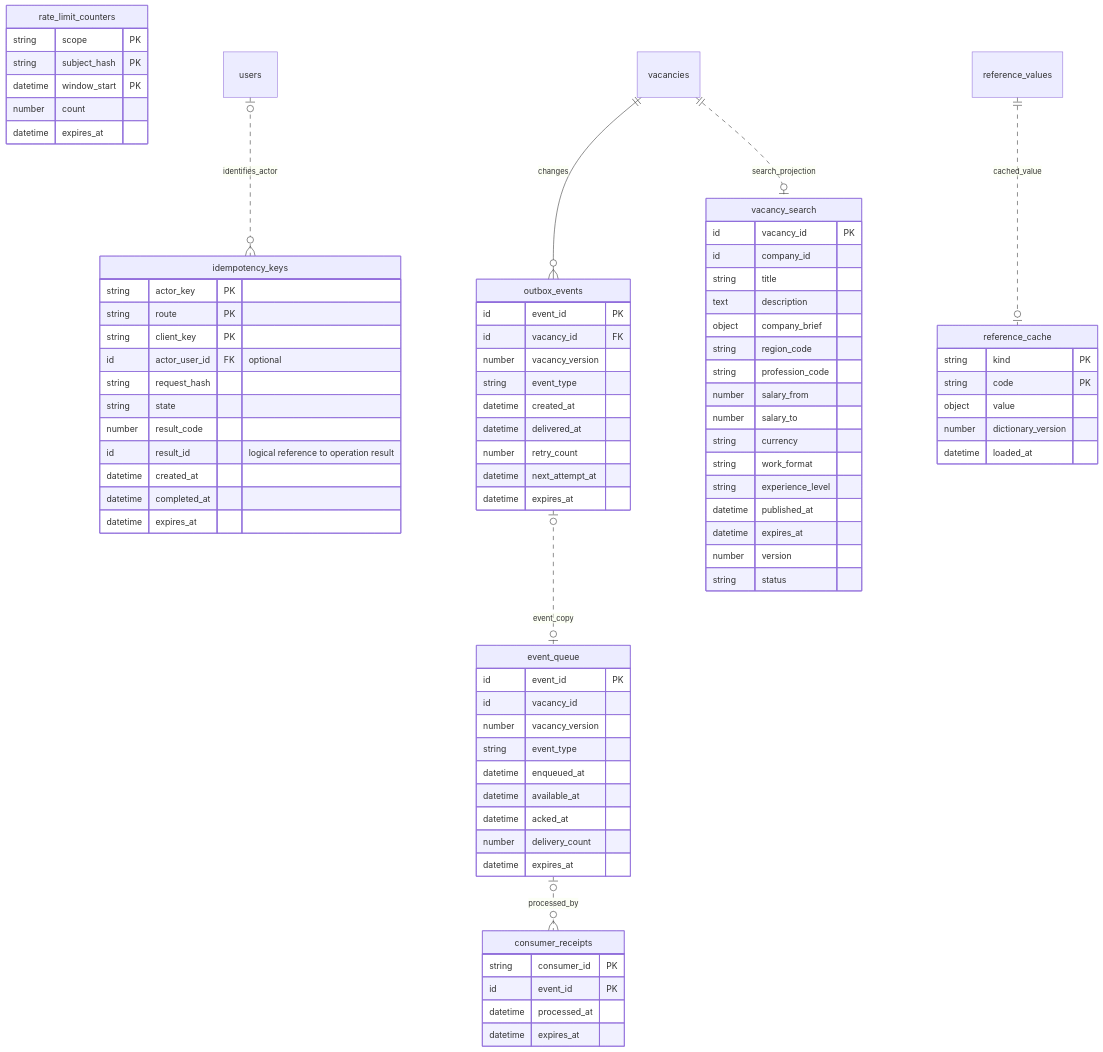
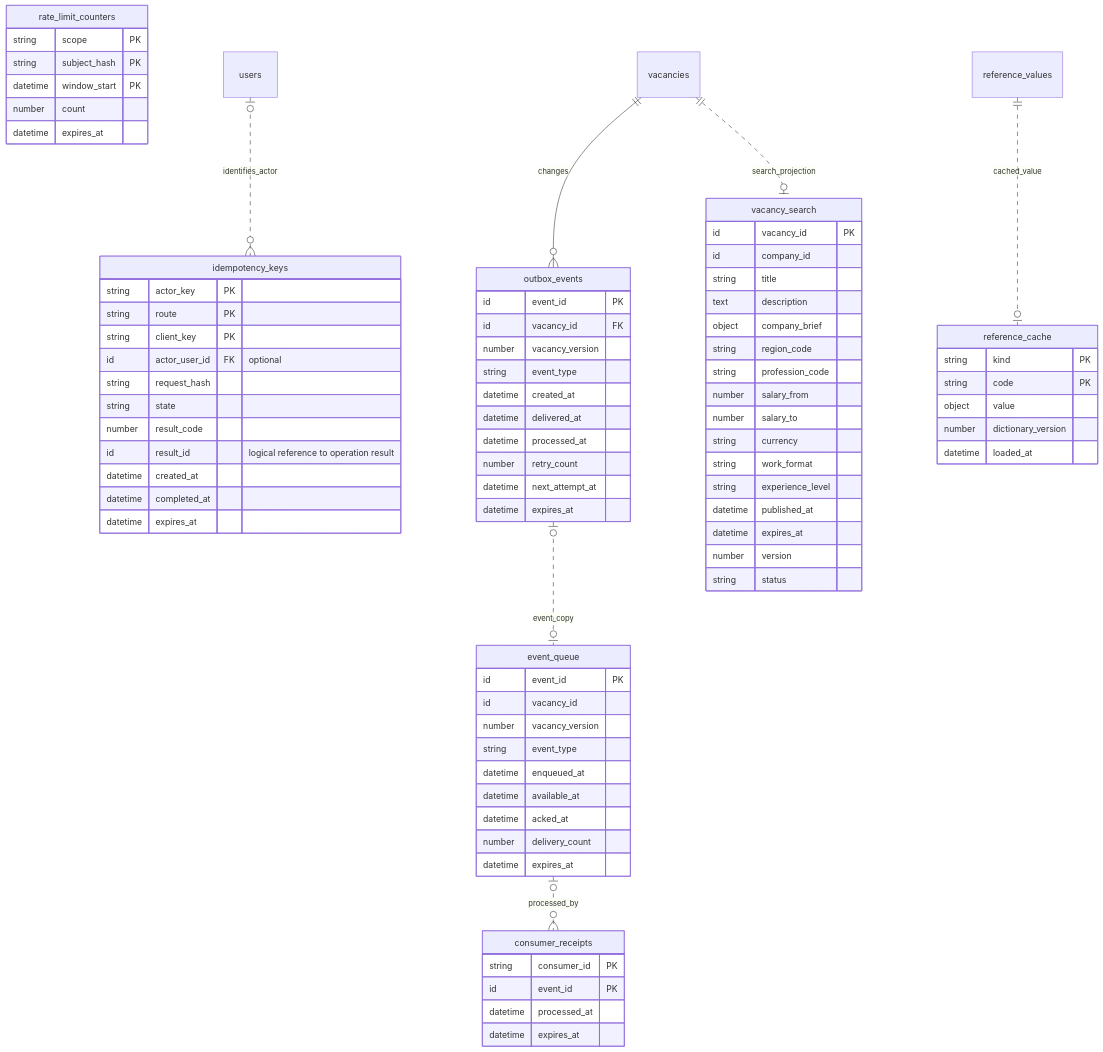
Before and after one commit to pricolmen/highload_technopark: the second of 7 diagrams in README.md, drawn with Mermaid. The commit also changed other lines of this file and 3 other files, not shown here.

```diff
--- a/README.md
+++ b/README.md
@@ -677,6 +675,7 @@
         string event_type
         datetime created_at
         datetime delivered_at
+        datetime processed_at
         number retry_count
         datetime next_attempt_at
         datetime expires_at
```
